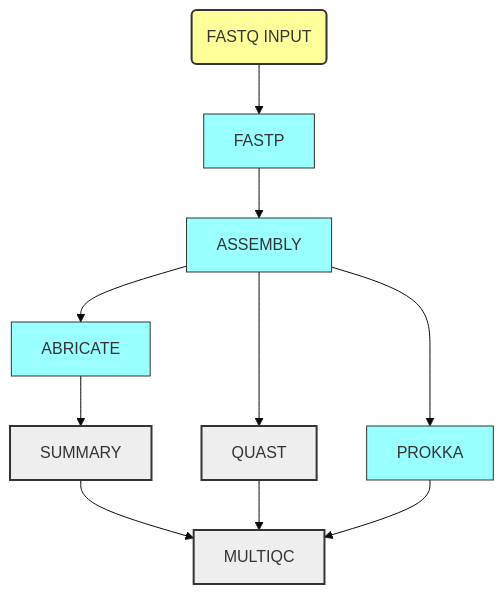
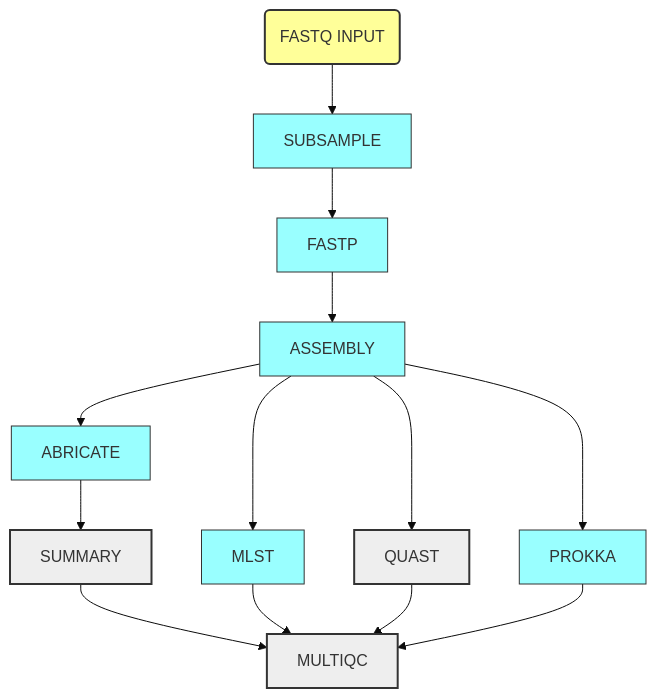
The diagram in README.md (telatin/nextflow-example), drawn with Mermaid (base theme) before and after one commit. The commit also changed other lines of this file and 53 other files, not shown here.

````diff
--- a/README.md
+++ b/README.md
@@ -27,15 +28,18 @@
 ```mermaid
 graph TD;
  style input fill:#ff9,stroke:#333,stroke-width:2px
  classDef collapse fill:#EEE,stroke:#333,stroke-width:2px
  classDef multi fill:#9FF,stroke:#333,troke-width:2px
- input(FASTQ INPUT) --> FASTP:::multi;
+ input(FASTQ INPUT) --> SUBSAMPLE:::multi;
+ SUBSAMPLE --> FASTP:::multi;
  FASTP --> ASSEMBLY:::multi;
  ASSEMBLY --> QUAST:::collapse;
  ASSEMBLY --> PROKKA:::multi;
  ASSEMBLY --> ABRICATE:::multi;
+ ASSEMBLY --> MLST:::multi;
  ABRICATE --> SUMMARY:::collapse;
  SUMMARY --> MULTIQC:::collapse;
+ MLST --> MULTIQC:::collapse;
  QUAST --> MULTIQC;
  PROKKA --> MULTIQC;
 ```
````
